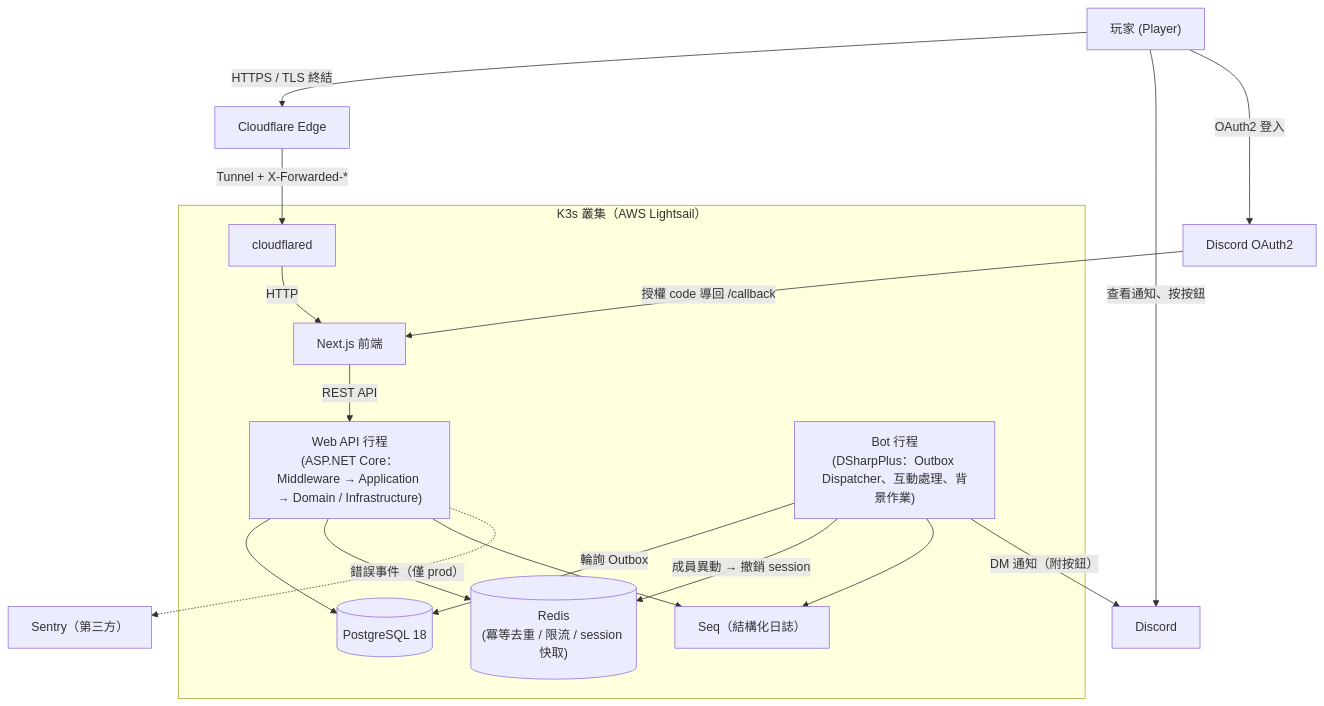
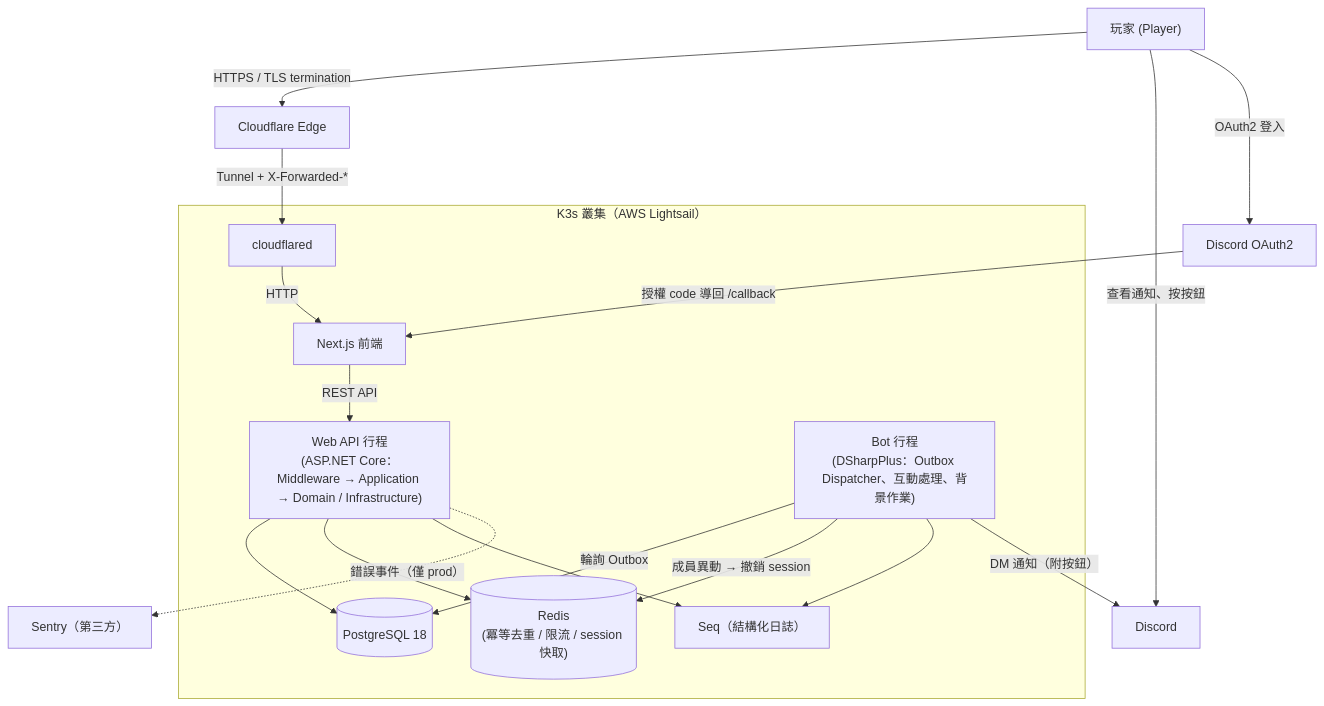
Before and after one commit to MinMiss5678/MapleStoryRaidScheduler: the first of 11 diagrams in docs/architecture.md, drawn with Mermaid.

Commit message:
docs(architecture): 高階圖標籤「TLS 終結」改為英文 TLS termination

````diff
--- a/docs/architecture.md
+++ b/docs/architecture.md
@@ -13,25 +13,25 @@
 ```mermaid
 %%{init: {"themeVariables": {"fontFamily": "Microsoft JhengHei, Arial, sans-serif"}}}%%
 graph TD
-    User["玩家 (Player)"] -->|"　HTTPS / TLS 終結　"| Cloudflare["Cloudflare Edge"]
+    User["玩家 (Player)"] -->|"　HTTPS / TLS termination　"| Cloudflare["Cloudflare Edge"]
     Cloudflare -->|"　Tunnel + X-Forwarded-*　"| Cloudflared["cloudflared"]
 
     subgraph K3s["K3s 叢集（AWS Lightsail）"]
         Cloudflared -->|"　HTTP　"| Frontend["Next.js 前端"]
         Frontend -->|"　REST API　"| Backend["Web API 行程<br/>(ASP.NET Core：Middleware → Application → Domain / Infrastructure)"]
         Bot["Bot 行程<br/>(DSharpPlus：Outbox Dispatcher、互動處理、背景作業)"]
 
         Backend --> DB[("PostgreSQL 18")]
         Backend --> Redis[("Redis<br/>(冪等去重 / 限流 / session 快取)")]
         Bot -->|"　輪詢 Outbox　"| DB
         Bot -->|"　成員異動 → 撤銷 session　"| Redis
         Backend --> Seq["Seq（結構化日誌）"]
         Bot --> Seq
     end
 
     Bot -->|"　DM 通知（附按鈕）　"| Discord["Discord"]
     User -->|"　查看通知、按按鈕　"| Discord
     User -->|"　OAuth2 登入　"| DiscordOAuth["Discord OAuth2"]
     DiscordOAuth -->|"　授權 code 導回 /callback　"| Frontend
     Backend -.->|"　錯誤事件（僅 prod）　"| Sentry["Sentry（第三方）"]
 ```
````
